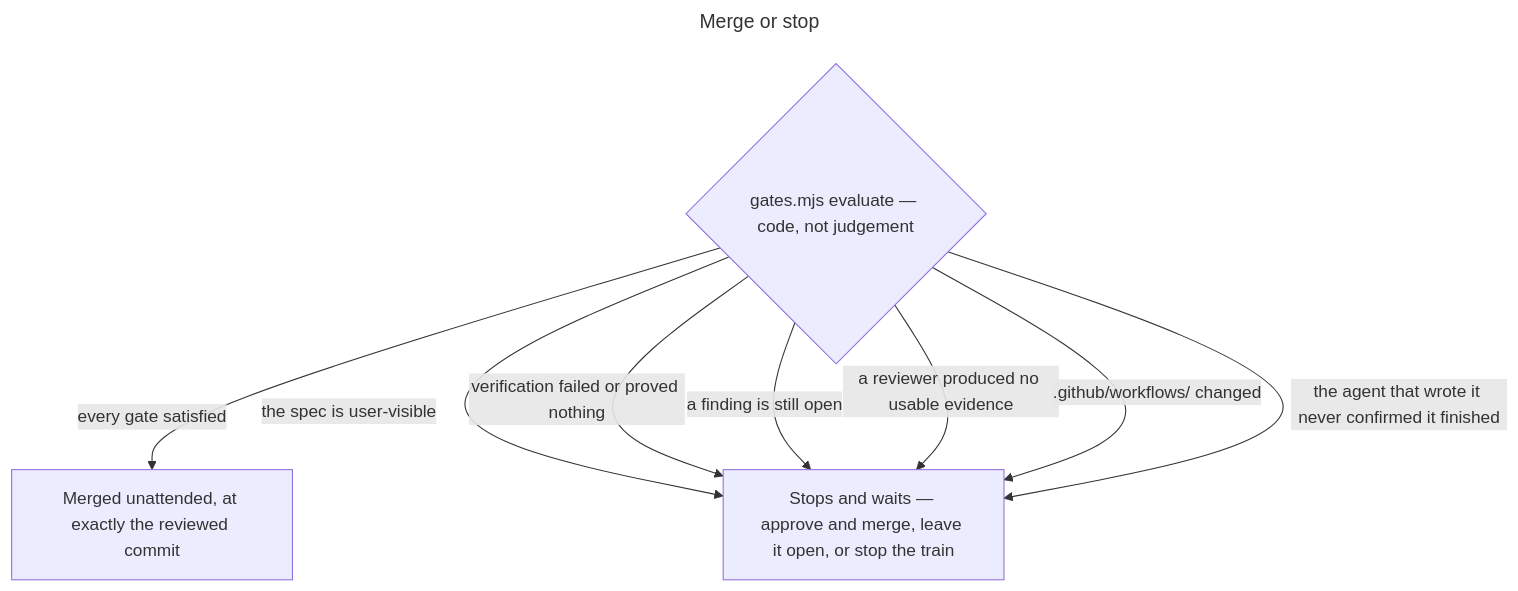
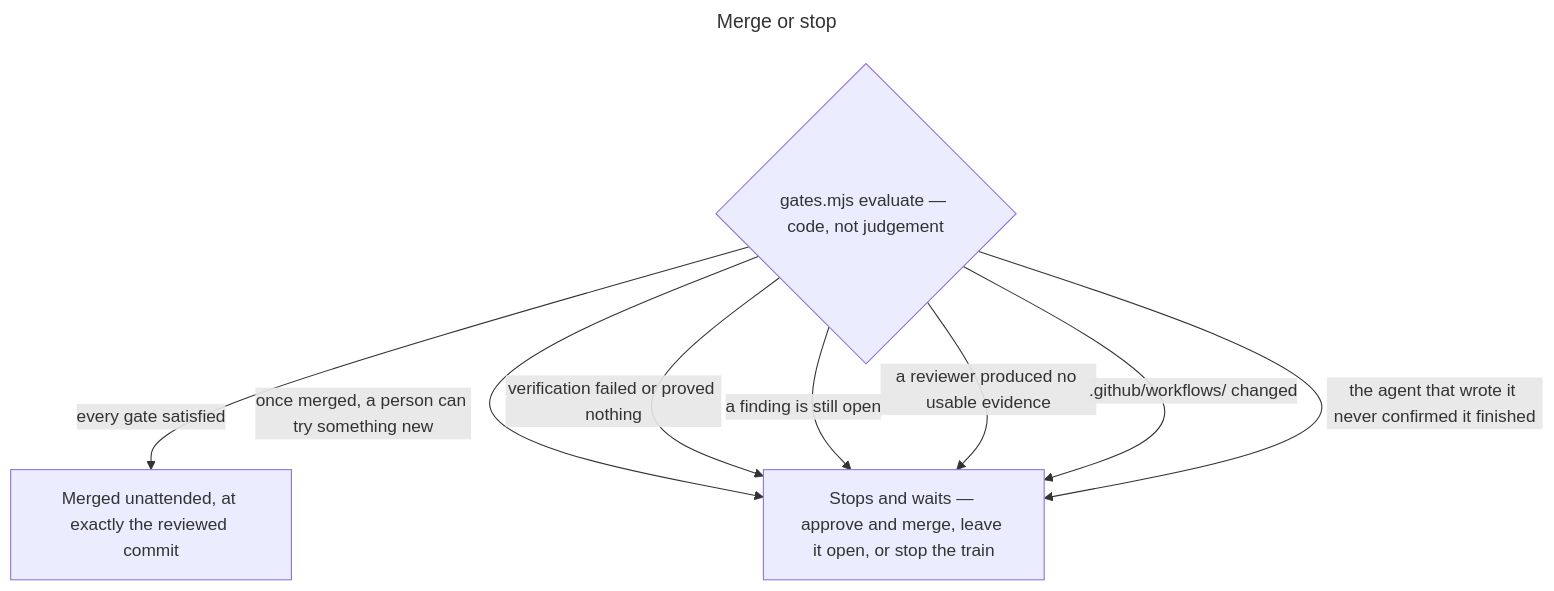
One commit to Smiley73/tagteam changed the fourth of 4 diagrams in README.md. Above: the diagram before and after it, drawn with Mermaid. The commit also changed other lines of this file and 10 other files, not shown here.

````diff
--- a/README.md
+++ b/README.md
@@ -275,17 +277,17 @@
 ```mermaid
 ---
 title: Merge or stop
 ---
 flowchart TD
     evaluate{"gates.mjs evaluate — code, not judgement"}
     merge["Merged unattended, at exactly the reviewed commit"]
     wait["Stops and waits — approve and merge, leave it open, or stop the train"]
 
     evaluate -->|"every gate satisfied"| merge
-    evaluate -->|"the spec is user-visible"| wait
+    evaluate -->|"once merged, a person can try something new"| wait
     evaluate -->|"verification failed or proved nothing"| wait
     evaluate -->|"a finding is still open"| wait
     evaluate -->|"a reviewer produced no usable evidence"| wait
     evaluate -->|".github/workflows/ changed"| wait
     evaluate -->|"the agent that wrote it never confirmed it finished"| wait
 ```
````
